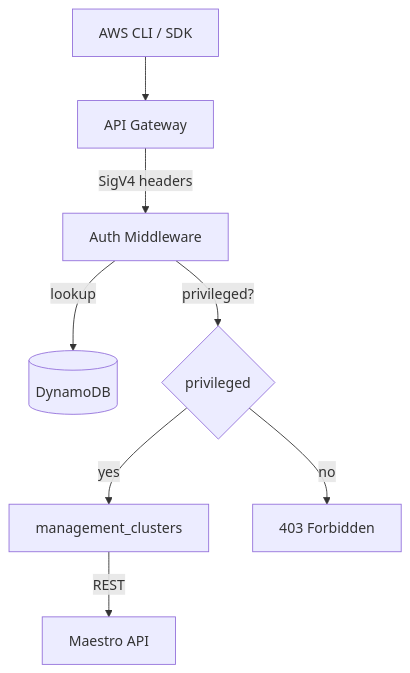
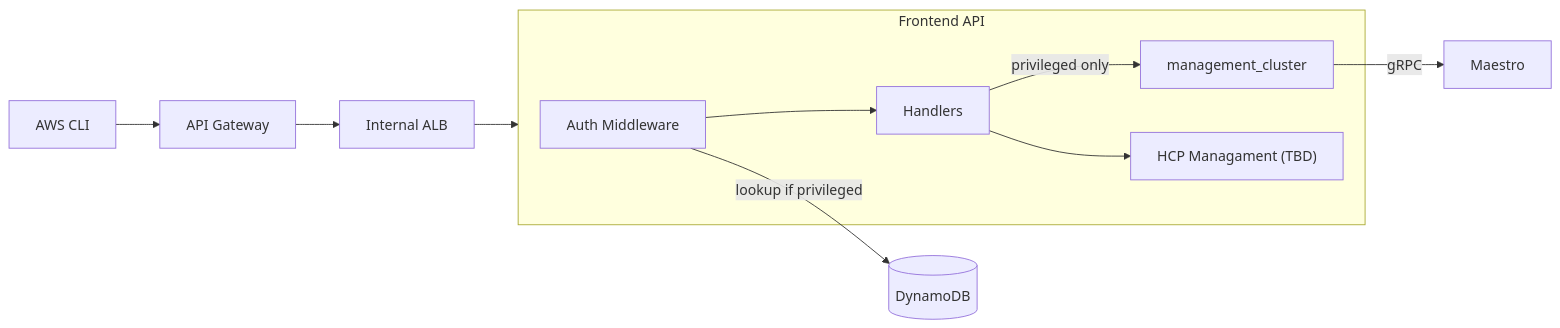
Before and after one commit to openshift-online/rosa-regional-frontend-api: the diagram in README.md, drawn with Mermaid.

Commit message:
improve diagram

````diff
--- a/README.md
+++ b/README.md
@@ -7,12 +7,15 @@
 ```mermaid
-flowchart TB
-    CLI["AWS CLI / SDK"] --> APIGW["API Gateway"]
-    APIGW -->|SigV4 headers| AuthMW["Auth Middleware"]
-    AuthMW -->|lookup| DDB[("DynamoDB")]
-    AuthMW -->|privileged?| PrivCheck{"privileged"}
+flowchart LR
+    CLI["AWS CLI"] --> APIGW["API Gateway"]
+    APIGW --> ALB["Internal ALB"]
+    ALB --> FrontendAPI
 
-    PrivCheck -->|yes| MgmtHandler["management_clusters"]
-    PrivCheck -->|no| Forbidden["403 Forbidden"]
+    subgraph FrontendAPI["Frontend API"]
+        AuthMW["Auth Middleware"] --> Handler["Handlers"]
+        Handler -->|privileged only| MgmtCluster["management_cluster"]
+        Handler --> HCP["HCP Managament (TBD)"]
+    end
 
-    MgmtHandler -->|REST| Maestro["Maestro API"]
+    AuthMW -->|lookup if privileged| DDB[("DynamoDB")]
+    MgmtCluster -->|gRPC| Maestro["Maestro"]
 ```
````
